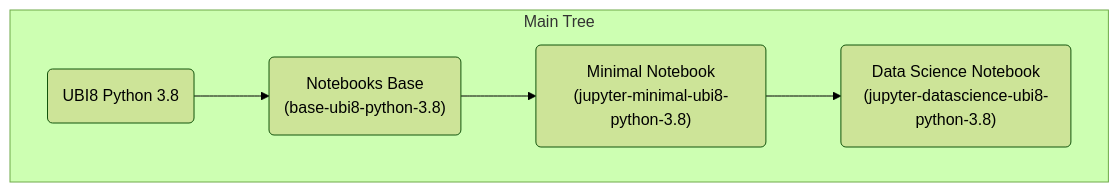
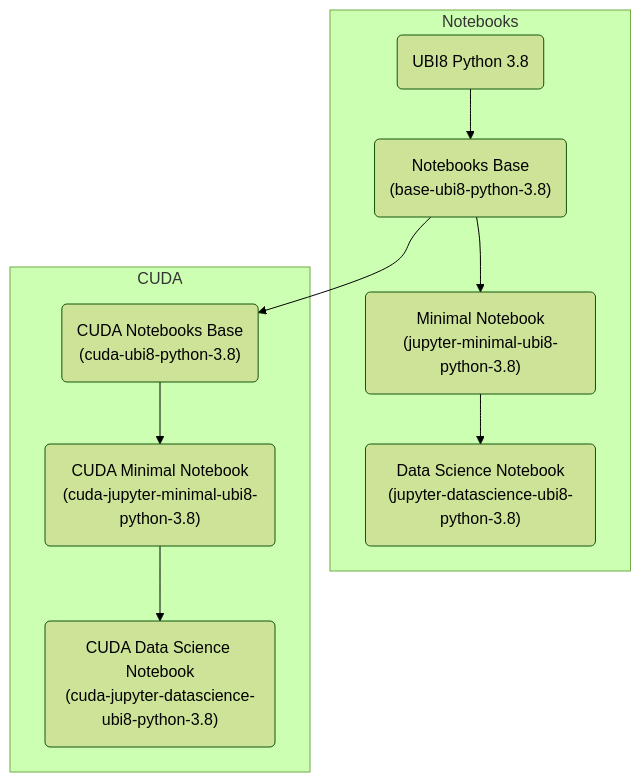
One commit to opendatahub-io/notebooks changed the diagram in README.md. Above: the diagram before and after it, drawn with Mermaid (forest theme). The commit also changed other lines of this file and 6 other files, not shown here.

````diff
--- a/README.md
+++ b/README.md
@@ -7,9 +9,27 @@
 ```mermaid
 graph TB
-    subgraph Main Tree
-    %% base
-    ubi8py38(UBI8 Python 3.8)-->base-ubi8py38("Notebooks Base<br/>(base-ubi8-python-3.8)");
-    base-ubi8py38("Notebooks Base<br/>(base-ubi8-python-3.8)")--> minimal("Minimal Notebook<br/>(jupyter-minimal-ubi8-python-3.8)");
-    minimal("Minimal Notebook<br/>(jupyter-minimal-ubi8-python-3.8)")--> datascience("Data Science Notebook<br/>(jupyter-datascience-ubi8-python-3.8)");
+    subgraph Notebooks
+        %% Nodes
+        ubi8-python-3.8(UBI8 Python 3.8);
+        base-ubi8-python-3.8("Notebooks Base<br/>(base-ubi8-python-3.8)");
+        jupyter-minimal-ubi8-python-3.8("Minimal Notebook<br/>(jupyter-minimal-ubi8-python-3.8)");
+        jupyter-datascience-ubi8-python-3.8("Data Science Notebook<br/>(jupyter-datascience-ubi8-python-3.8)");
+
+        %% Edges
+        ubi8-python-3.8 --> base-ubi8-python-3.8;
+        base-ubi8-python-3.8 --> jupyter-minimal-ubi8-python-3.8;
+        jupyter-minimal-ubi8-python-3.8 --> jupyter-datascience-ubi8-python-3.8;
+    end
+
+    subgraph CUDA
+        %% Nodes
+        cuda-ubi8-python-3.8("CUDA Notebooks Base<br/>(cuda-ubi8-python-3.8)");
+        cuda-jupyter-minimal-ubi8-python-3.8("CUDA Minimal Notebook<br/>(cuda-jupyter-minimal-ubi8-python-3.8)");
+        cuda-jupyter-datascience-ubi8-python-3.8("CUDA Data Science Notebook<br/>(cuda-jupyter-datascience-ubi8-python-3.8)");
+
+        %% Edges
+        base-ubi8-python-3.8 --> cuda-ubi8-python-3.8;
+        cuda-ubi8-python-3.8 --> cuda-jupyter-minimal-ubi8-python-3.8;
+        cuda-jupyter-minimal-ubi8-python-3.8 --> cuda-jupyter-datascience-ubi8-python-3.8;
     end
 ```
````
